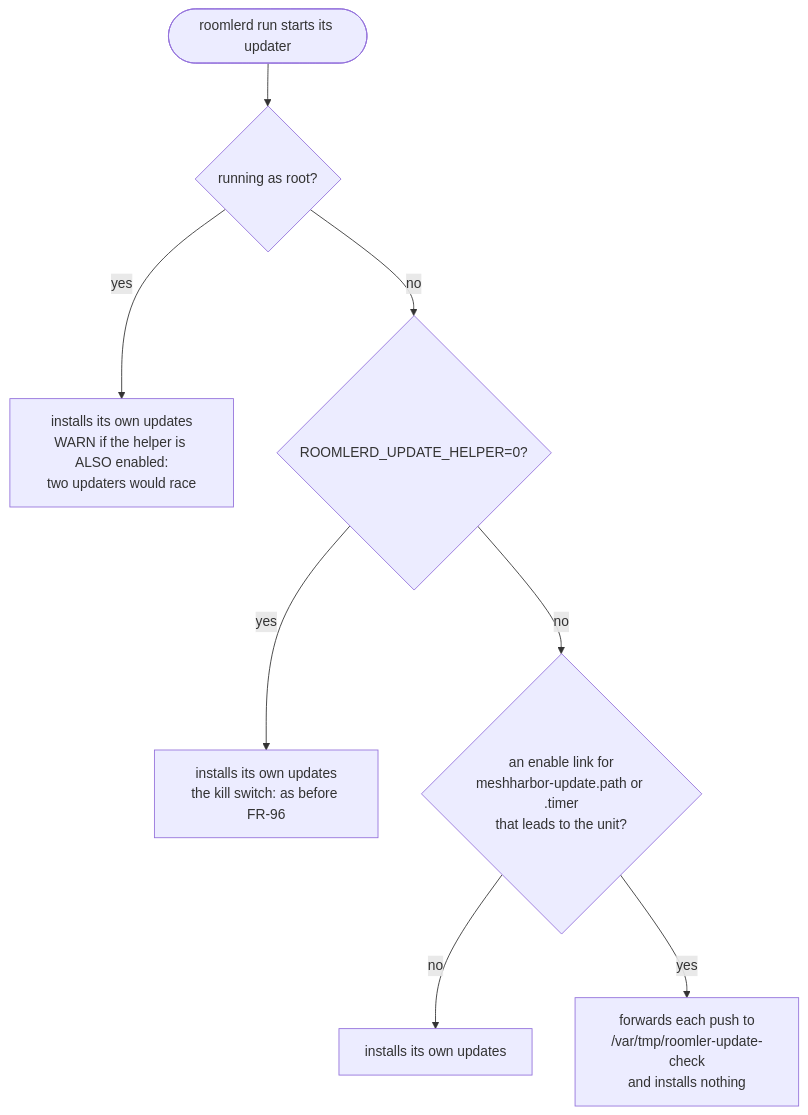
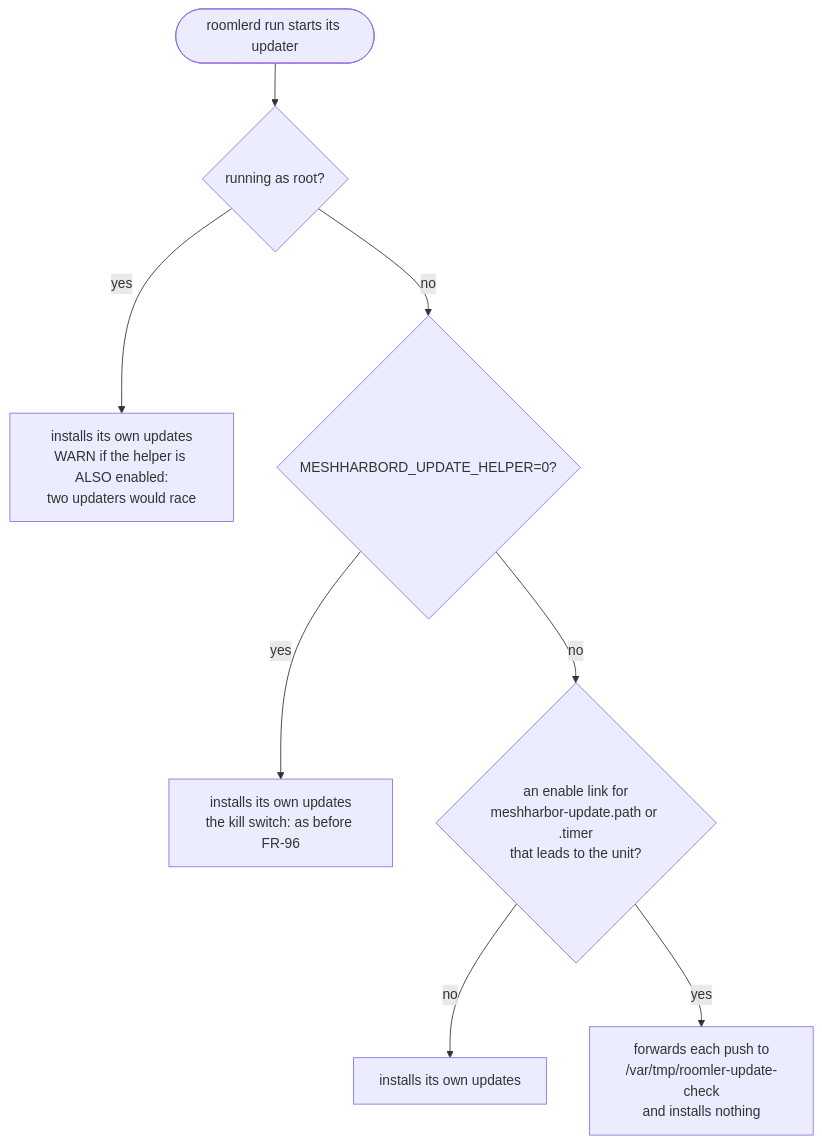
One commit to jk-zhang-meta/MeshHarbor changed the third of 5 diagrams in docs/linux-self-update.md. Above: the diagram before and after it, drawn with Mermaid. The commit also changed other lines of this file and 730 other files, not shown here.

````diff
--- a/docs/linux-self-update.md
+++ b/docs/linux-self-update.md
@@ -310,10 +310,10 @@
 ```mermaid
 flowchart TD
     S([roomlerd run starts its updater]) --> R{running as root?}
     R -->|yes| IP1[installs its own updates<br/>WARN if the helper is ALSO enabled:<br/>two updaters would race]
-    R -->|no| K{ROOMLERD_UPDATE_HELPER=0?}
+    R -->|no| K{MESHHARBORD_UPDATE_HELPER=0?}
     K -->|yes| IP2[installs its own updates<br/>the kill switch: as before FR-96]
     K -->|no| E{an enable link for<br/>meshharbor-update.path or .timer<br/>that leads to the unit?}
     E -->|no| IP3[installs its own updates]
     E -->|yes| H[forwards each push to<br/>/var/tmp/roomler-update-check<br/>and installs nothing]
 ```
````
